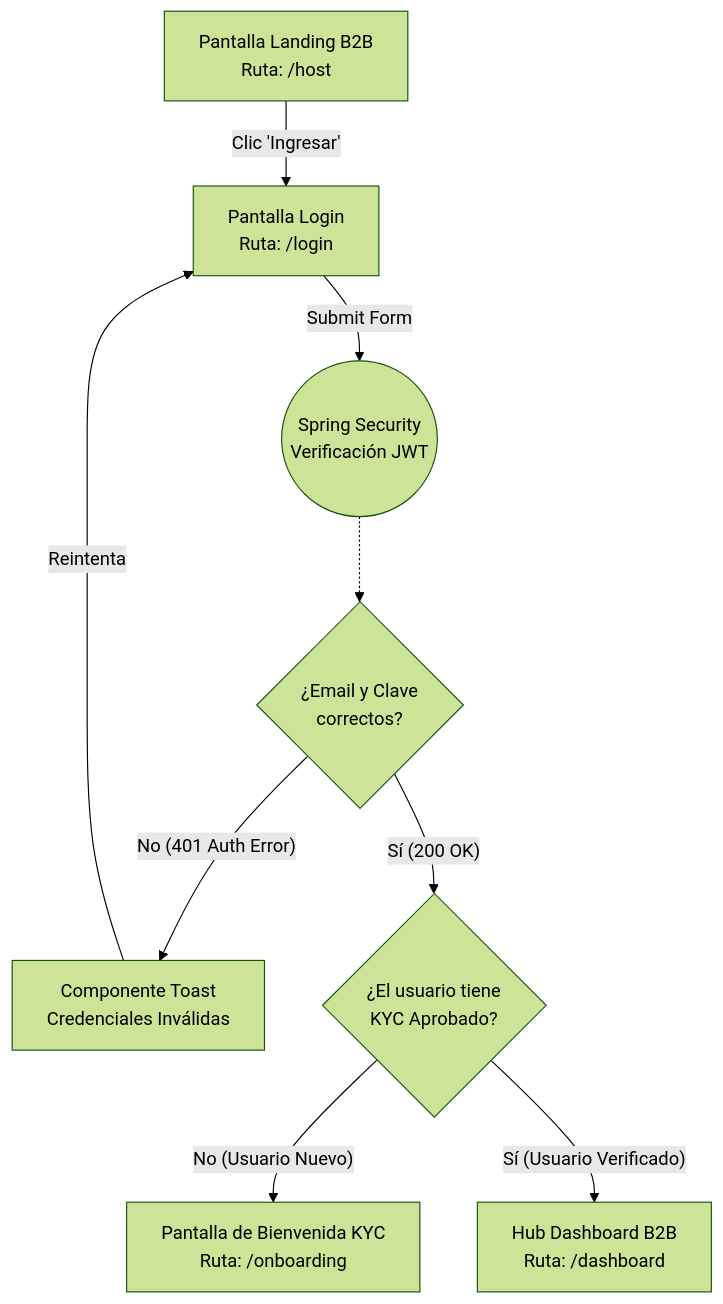
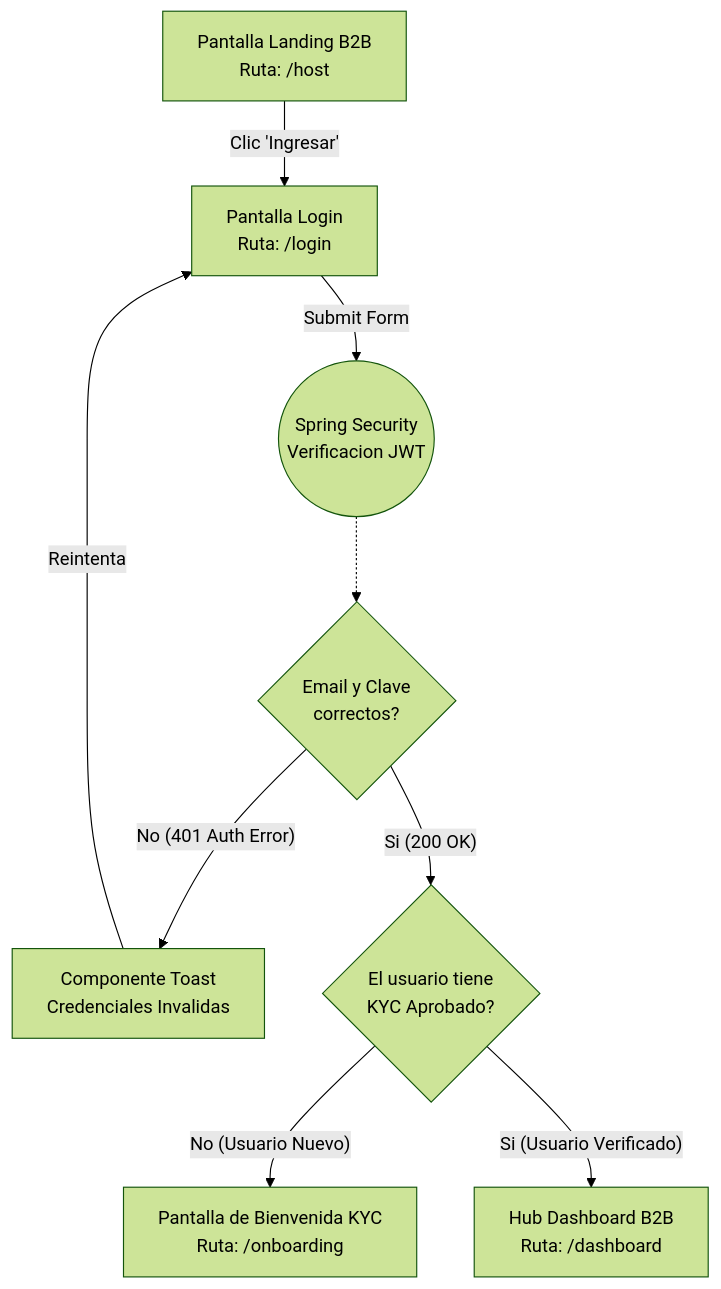
The first of 3 diagrams in docs/04-system-modeling/02.User_Flows_Task_Flows/modules/MOD-AUTH_flows.md (camilolayos54-dotcom/NosFuimosdeFinca), drawn with Mermaid (forest theme) before and after one commit. The commit also changed other lines of this file and 62 other files, not shown here.

````diff
--- a/docs/04-system-modeling/02.User_Flows_Task_Flows/modules/MOD-AUTH_flows.md
+++ b/docs/04-system-modeling/02.User_Flows_Task_Flows/modules/MOD-AUTH_flows.md
@@ -39,32 +39,32 @@
 ```mermaid
 flowchart TD
-    %% Nodos Cuadrados: Pantallas Físicas (Spring Boot (Java))
+    %% Nodos Cuadrados: Pantallas Fisicas (Spring Boot (Java))
     LandingUI[Pantalla Landing B2B<br>Ruta: /host]
     LoginUI[Pantalla Login<br>Ruta: /login]
-    ToastErrorUI[Componente Toast<br>Credenciales Inválidas]
+    ToastErrorUI[Componente Toast<br>Credenciales Invalidas]
     DashboardUI[Hub Dashboard B2B<br>Ruta: /dashboard]
     OnboardingUI[Pantalla de Bienvenida KYC<br>Ruta: /onboarding]
     
-    %% Nodos Redondeados: Backend Asíncrono
-    SpringSecurityDB((Spring Security<br>Verificación JWT))
+    %% Nodos Redondeados: Backend Asincrono
+    SpringSecurityDB((Spring Security<br>Verificacion JWT))
     
-    %% Rombos: Evaluaciones Lógicas
-    CredentialCheck{¿Email y Clave<br>correctos?}
-    KYCCheck{¿El usuario tiene<br>KYC Aprobado?}
+    %% Rombos: Evaluaciones Logicas
+    CredentialCheck{ Email y Clave<br>correctos?}
+    KYCCheck{ El usuario tiene<br>KYC Aprobado?}
 
-    %% Camino Feliz e Interacción
+    %% Camino Feliz e Interaccion
     LandingUI --> |Clic 'Ingresar'| LoginUI
     LoginUI --> |Submit Form| SpringSecurityDB
     
     %% Respuesta de Base de Datos
     SpringSecurityDB -.-> CredentialCheck
     
     %% Unhappy Path (Credenciales)
     CredentialCheck -- No (401 Auth Error) --> ToastErrorUI
     ToastErrorUI --> |Reintenta| LoginUI
     
-    %% Happy Path y Bifurcación KYC
-    CredentialCheck -- Sí (200 OK) --> KYCCheck
+    %% Happy Path y Bifurcacion KYC
+    CredentialCheck -- Si (200 OK) --> KYCCheck
     KYCCheck -- No (Usuario Nuevo) --> OnboardingUI
-    KYCCheck -- Sí (Usuario Verificado) --> DashboardUI
+    KYCCheck -- Si (Usuario Verificado) --> DashboardUI
 ```
````
